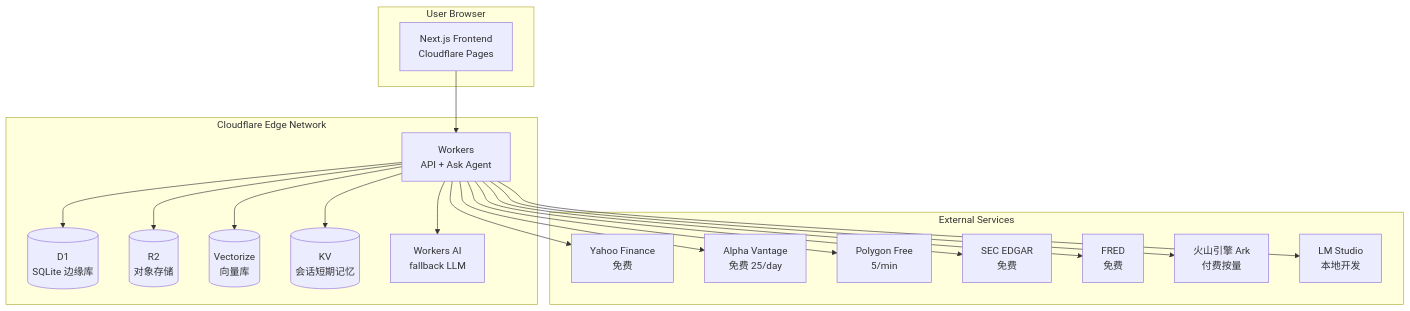
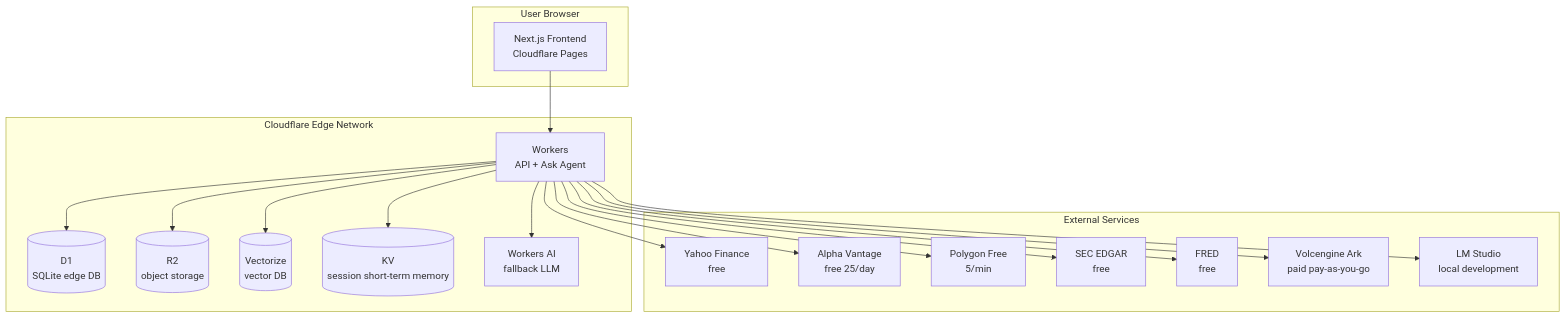
One commit to ZedeX/nova-invest changed the diagram in docs/prd/appendix/deployment_cloudflare.md. Above: the diagram before and after it, drawn with Mermaid. The commit also changed other lines of this file and 42 other files, not shown here.

````diff
--- a/docs/prd/appendix/deployment_cloudflare.md
+++ b/docs/prd/appendix/deployment_cloudflare.md
@@ -11,27 +11,27 @@
 ```mermaid
 flowchart TB
     subgraph "User Browser"
         NEXT[Next.js Frontend<br/>Cloudflare Pages]
     end
 
     subgraph "Cloudflare Edge Network"
         WRK[Workers<br/>API + Ask Agent]
-        WRK --> D1[(D1<br/>SQLite 边缘库)]
-        WRK --> R2[(R2<br/>对象存储)]
-        WRK --> VEC[(Vectorize<br/>向量库)]
-        WRK --> KV[(KV<br/>会话短期记忆)]
+        WRK --> D1[(D1<br/>SQLite edge DB)]
+        WRK --> R2[(R2<br/>object storage)]
+        WRK --> VEC[(Vectorize<br/>vector DB)]
+        WRK --> KV[(KV<br/>session short-term memory)]
         WRK --> AI[Workers AI<br/>fallback LLM]
     end
 
     subgraph "External Services"
-        WRK --> YH[Yahoo Finance<br/>免费]
-        WRK --> AV[Alpha Vantage<br/>免费 25/day]
+        WRK --> YH[Yahoo Finance<br/>free]
+        WRK --> AV[Alpha Vantage<br/>free 25/day]
         WRK --> PG[Polygon Free<br/>5/min]
-        WRK --> SEC[SEC EDGAR<br/>免费]
-        WRK --> FRED[FRED<br/>免费]
-        WRK --> ARK[火山引擎 Ark<br/>付费按量]
-        WRK --> LM[LM Studio<br/>本地开发]
+        WRK --> SEC[SEC EDGAR<br/>free]
+        WRK --> FRED[FRED<br/>free]
+        WRK --> ARK[Volcengine Ark<br/>paid pay-as-you-go]
+        WRK --> LM[LM Studio<br/>local development]
     end
 
     NEXT --> WRK
 ```
````
